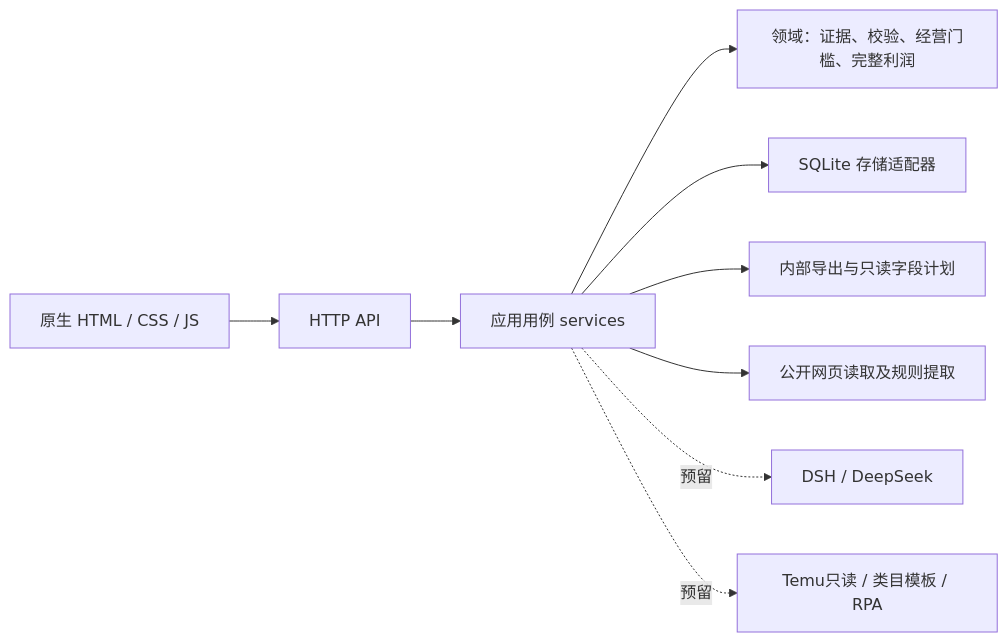
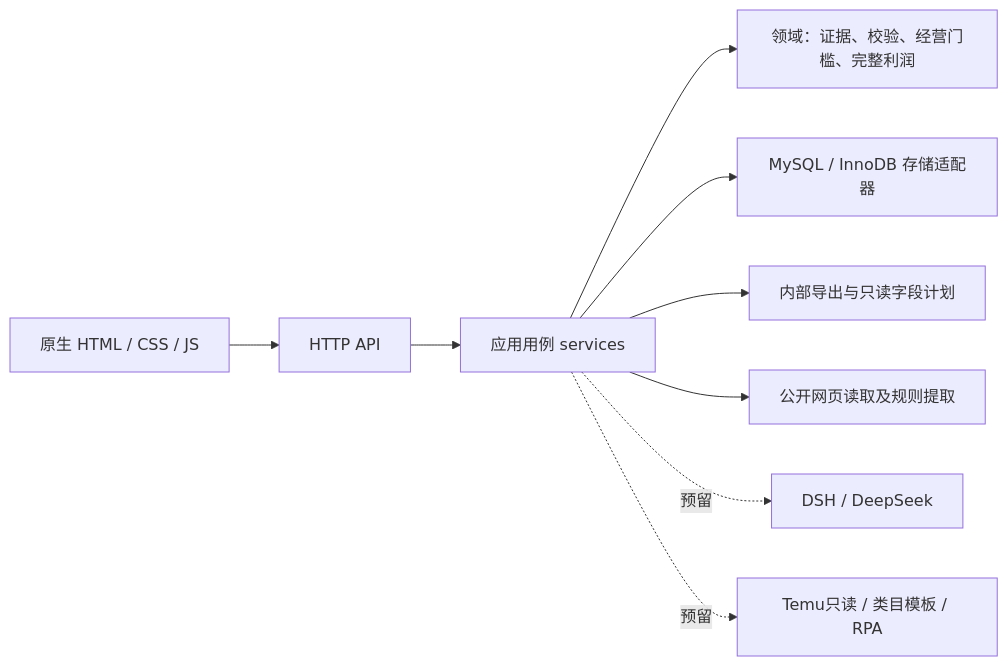
The diagram in docs/ARCHITECTURE.md (666whatcanisay/TEMU-ERP), drawn with Mermaid before and after one commit. The commit also changed other lines of this file and 26 other files, not shown here.

````diff
--- a/docs/ARCHITECTURE.md
+++ b/docs/ARCHITECTURE.md
@@ -9,11 +9,11 @@
 ```mermaid
 flowchart LR
   UI[原生 HTML / CSS / JS] --> API[HTTP API]
   API --> S[应用用例 services]
   S --> D[领域：证据、校验、经营门槛、完整利润]
-  S --> DB[SQLite 存储适配器]
+  S --> DB[MySQL / InnoDB 存储适配器]
   S --> EX[内部导出与只读字段计划]
   S --> COL[公开网页读取及规则提取]
   S -. 预留 .-> AI[DSH / DeepSeek]
   S -. 预留 .-> PLATFORM[Temu只读 / 类目模板 / RPA]
 ```
````
